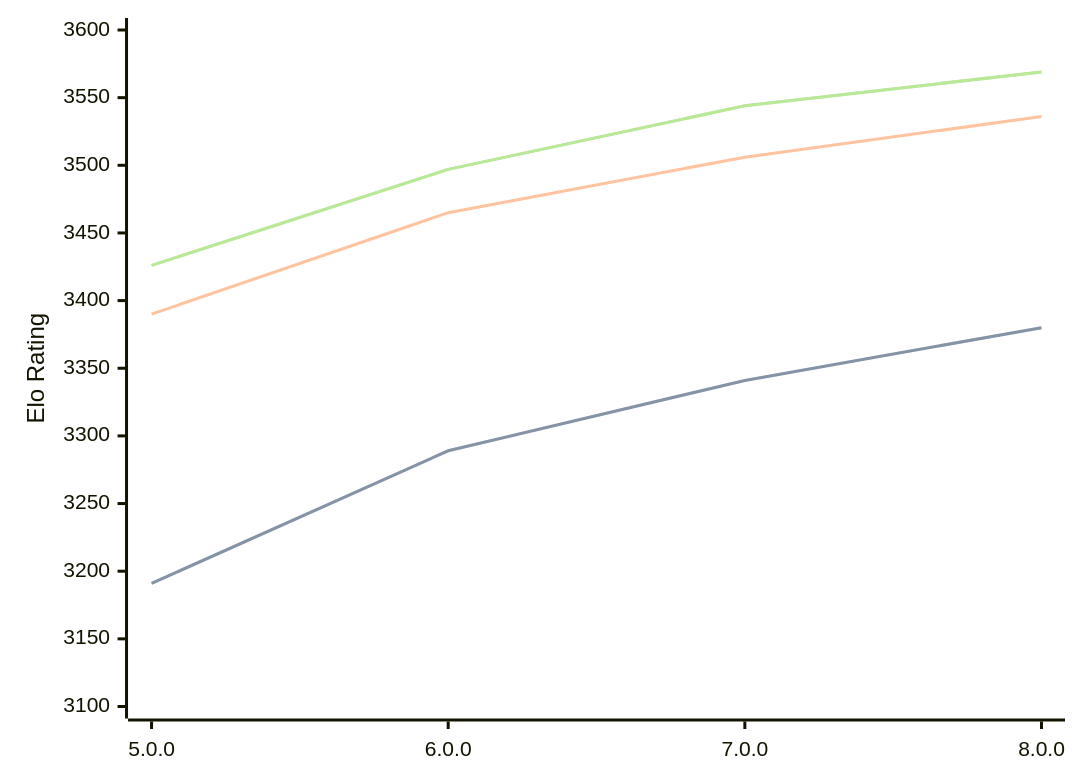
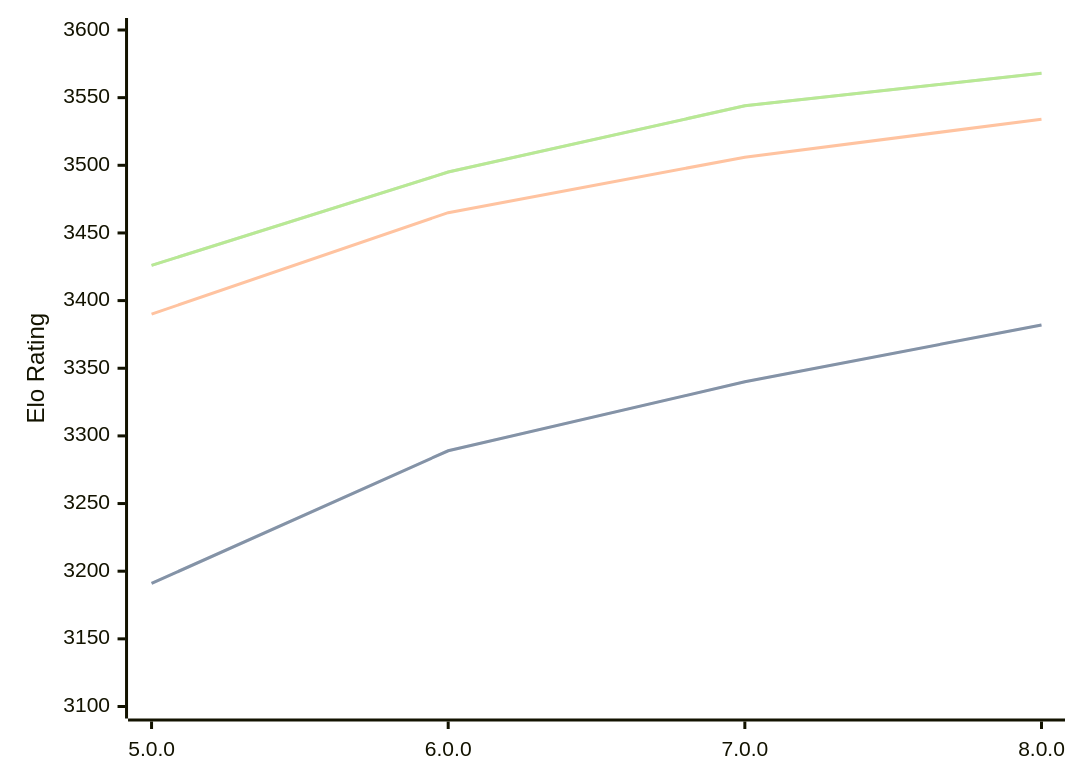
One commit to computer-chess-index/cci changed the diagram in engines/Stormphrax.md. Above: the diagram before and after it, drawn with Mermaid. The commit also changed other lines of this file, not shown here.

Commit message:
Update CCI Ratings (ELO VLTC) - 2026-08-02

````diff
--- a/engines/Stormphrax.md
+++ b/engines/Stormphrax.md
@@ -39,11 +39,11 @@
 ```mermaid
 %%{init: {"theme":"base","themeVariables":{"seriesColors:['#a3a3a3','#222221','#faa371']}}}%%
 xychart-beta
   x-axis ["5.0.0", "6.0.0", "7.0.0", "8.0.0"]
   y-axis "Elo Rating" 3100 --> 3600
-  line "STC (8.0+0.08s)" [3191, 3289, 3341, 3380]
-  line "STC (8.0+0.08s)" [3191, 3289, 3341, 3380]
-  line "LTC (60.0+0.60s)" [3390, 3465, 3506, 3536]
-  line "VLTC (2m24s+1.12s)" [3426, 3497, 3544, 3569]
-  line "VLTC (2m24s+1.12s)" [3426, 3497, 3544, 3569]
+  line "STC (8.0+0.08s)" [3191, 3289, 3340, 3382]
+  line "STC (8.0+0.08s)" [3191, 3289, 3340, 3382]
+  line "LTC (60.0+0.60s)" [3390, 3465, 3506, 3534]
+  line "VLTC (2m24s+1.12s)" [3426, 3495, 3544, 3568]
+  line "VLTC (2m24s+1.12s)" [3426, 3495, 3544, 3568]
 ```
````
